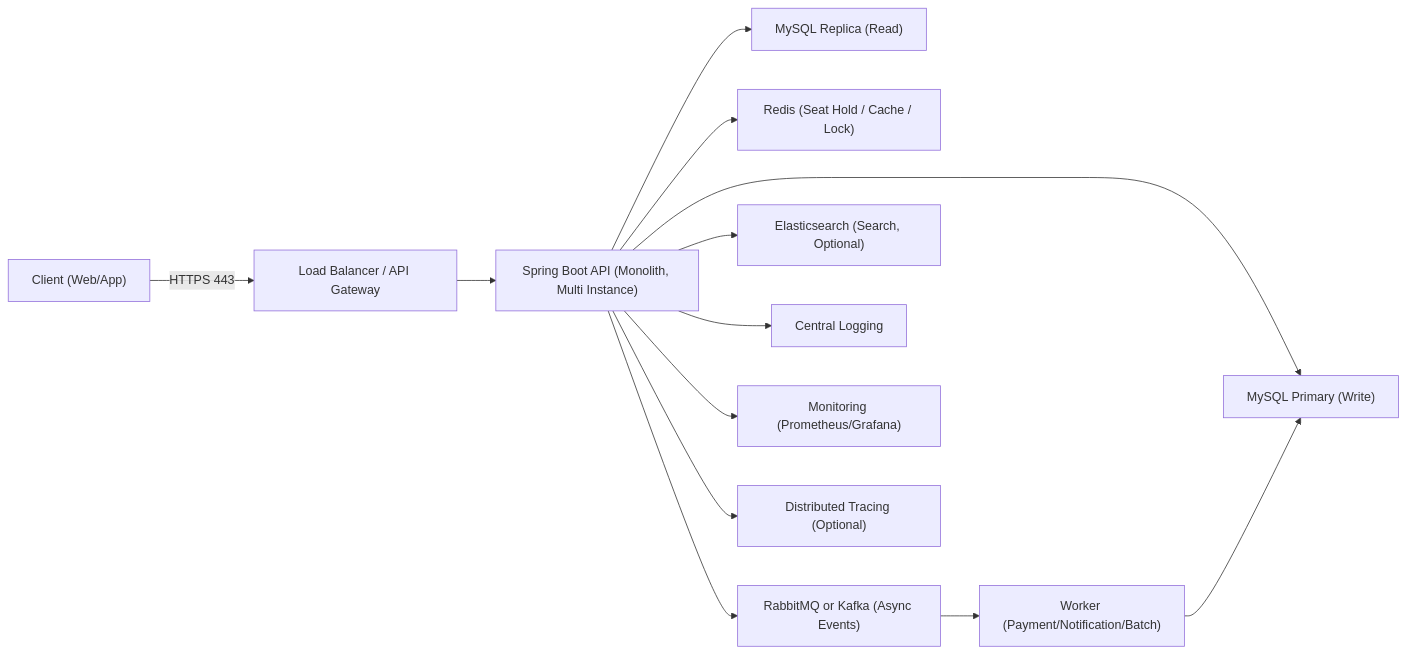
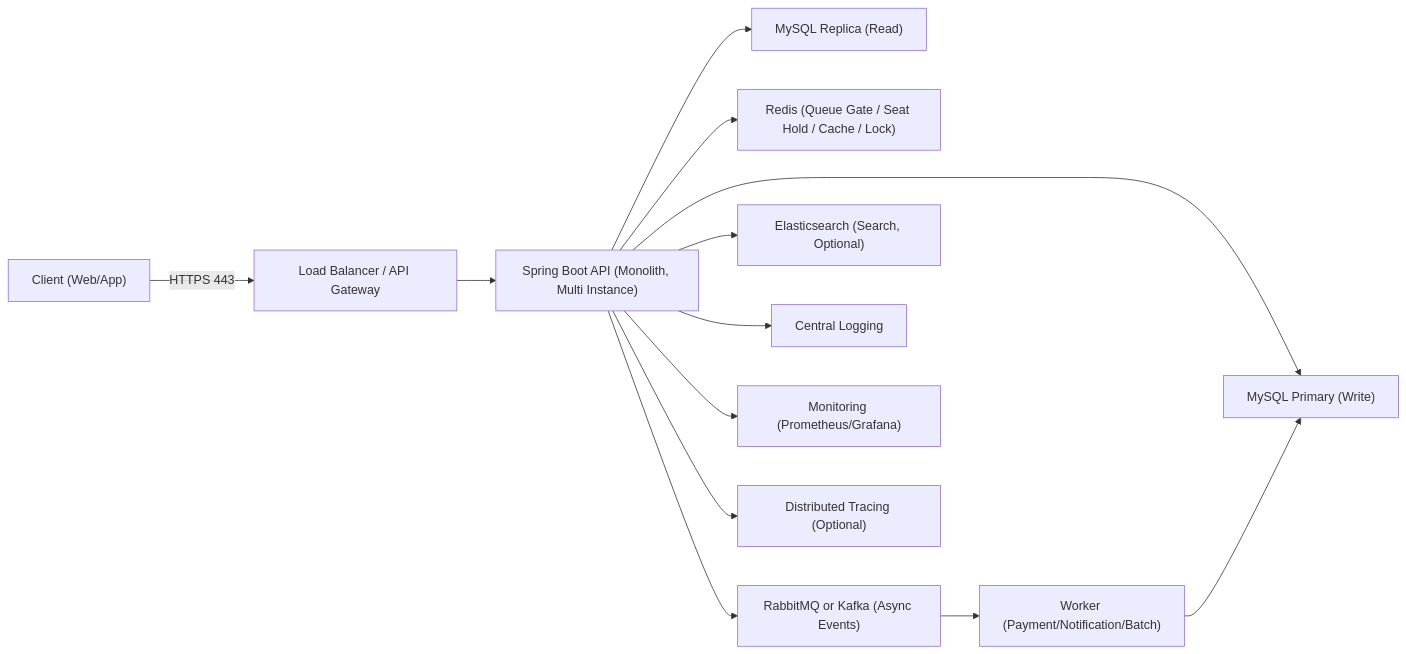
Before and after one commit to wintinue/hhplus-concert-reservation: the diagram in docs/infra.md, drawn with Mermaid. The commit also changed other lines of this file and 2 other files, not shown here.

Commit message:
docs: align openapi, erd, and infra with queue/point flow

````diff
--- a/docs/infra.md
+++ b/docs/infra.md
@@ -5,16 +5,16 @@
 ```mermaid
 flowchart LR
     U["Client (Web/App)"] -->|HTTPS 443| LB["Load Balancer / API Gateway"]
     LB --> API["Spring Boot API (Monolith, Multi Instance)"]
     API --> RDSW["MySQL Primary (Write)"]
     API --> RDSR["MySQL Replica (Read)"]
-    API --> REDIS["Redis (Seat Hold / Cache / Lock)"]
+    API --> REDIS["Redis (Queue Gate / Seat Hold / Cache / Lock)"]
     API --> MQ["RabbitMQ or Kafka (Async Events)"]
     MQ --> WORKER["Worker (Payment/Notification/Batch)"]
     WORKER --> RDSW
     API --> ES["Elasticsearch (Search, Optional)"]
 
     API --> LOG["Central Logging"]
     API --> METRIC["Monitoring (Prometheus/Grafana)"]
     API --> TRACE["Distributed Tracing (Optional)"]
 ```
````
